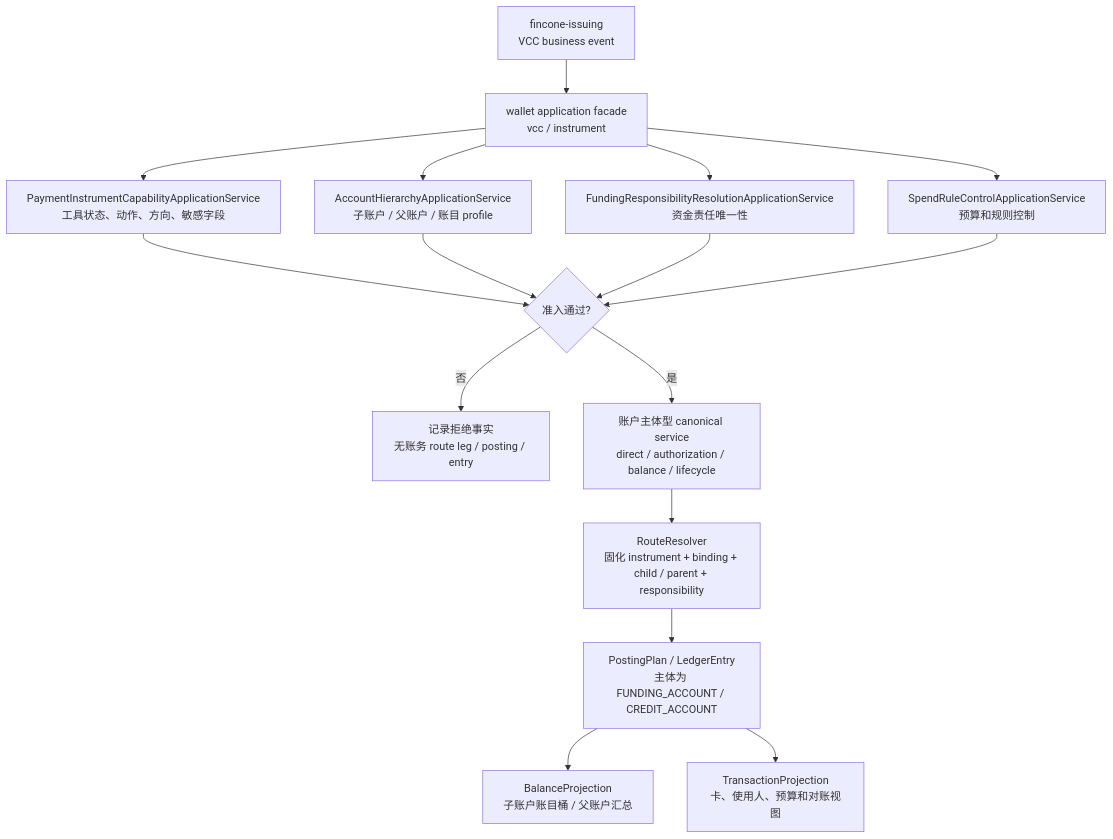
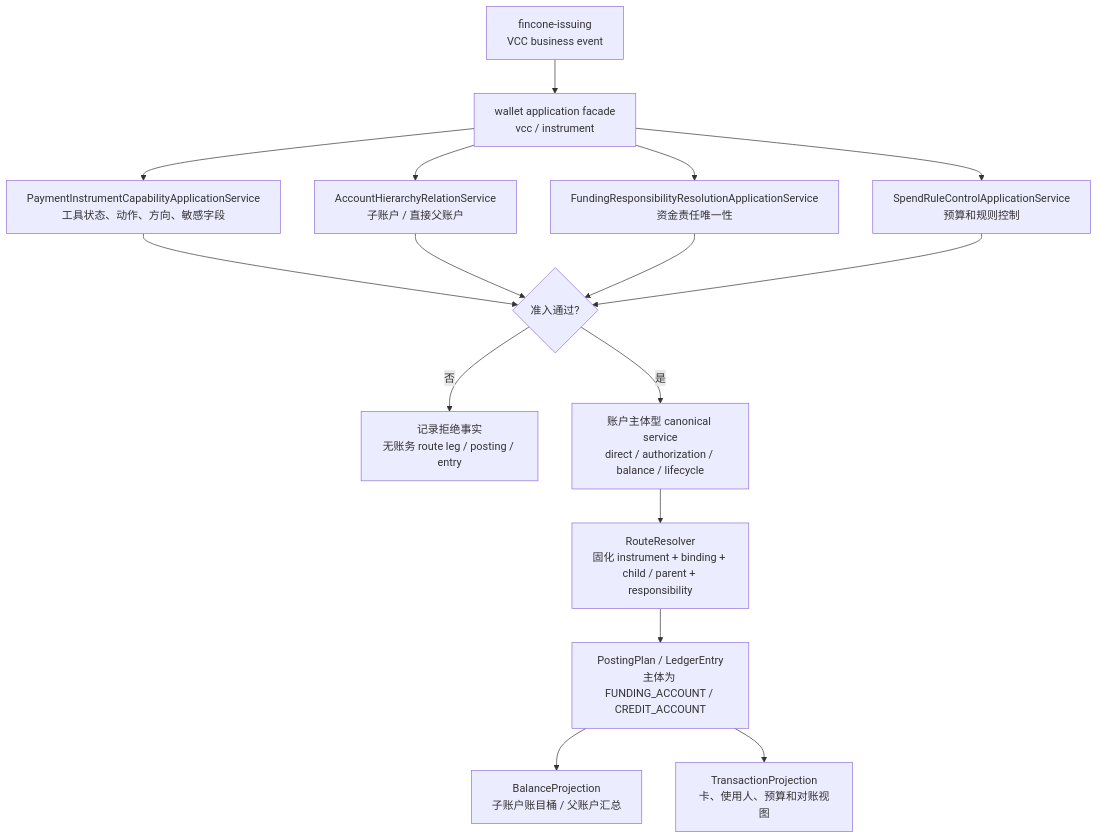
The tenth of 17 diagrams in docs/系分设计/02-交易路由钱包账目与投影系分设计.md (fengwuxp/wind-funds), drawn with Mermaid before and after one commit. The commit also changed other lines of this file and 78 other files, not shown here.

````diff
--- a/docs/系分设计/02-交易路由钱包账目与投影系分设计.md
+++ b/docs/系分设计/02-交易路由钱包账目与投影系分设计.md
@@ -700,18 +698,18 @@
 ```mermaid
 flowchart TD
     A["fincone-issuing<br/>VCC business event"] --> B["wallet application facade<br/>vcc / instrument"]
     B --> C["PaymentInstrumentCapabilityApplicationService<br/>工具状态、动作、方向、敏感字段"]
-    B --> D["AccountHierarchyApplicationService<br/>子账户 / 父账户 / 账目 profile"]
+    B --> D["AccountHierarchyRelationService<br/>子账户 / 直接父账户"]
     B --> E["FundingResponsibilityResolutionApplicationService<br/>资金责任唯一性"]
     B --> F["SpendRuleControlApplicationService<br/>预算和规则控制"]
     C --> G{"准入通过?"}
     D --> G
     E --> G
     F --> G
     G -- "否" --> H["记录拒绝事实<br/>无账务 route leg / posting / entry"]
     G -- "是" --> I["账户主体型 canonical service<br/>direct / authorization / balance / lifecycle"]
     I --> J["RouteResolver<br/>固化 instrument + binding + child / parent + responsibility"]
     J --> K["PostingPlan / LedgerEntry<br/>主体为 FUNDING_ACCOUNT / CREDIT_ACCOUNT"]
     K --> L["BalanceProjection<br/>子账户账目桶 / 父账户汇总"]
     K --> M["TransactionProjection<br/>卡、使用人、预算和对账视图"]
 ```
````
